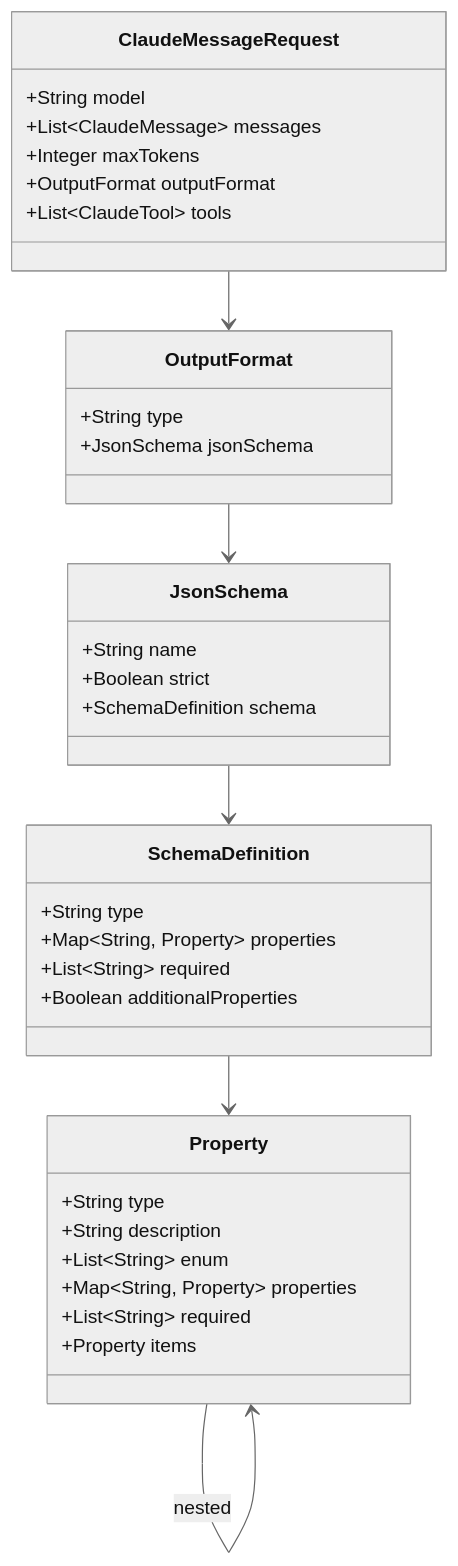
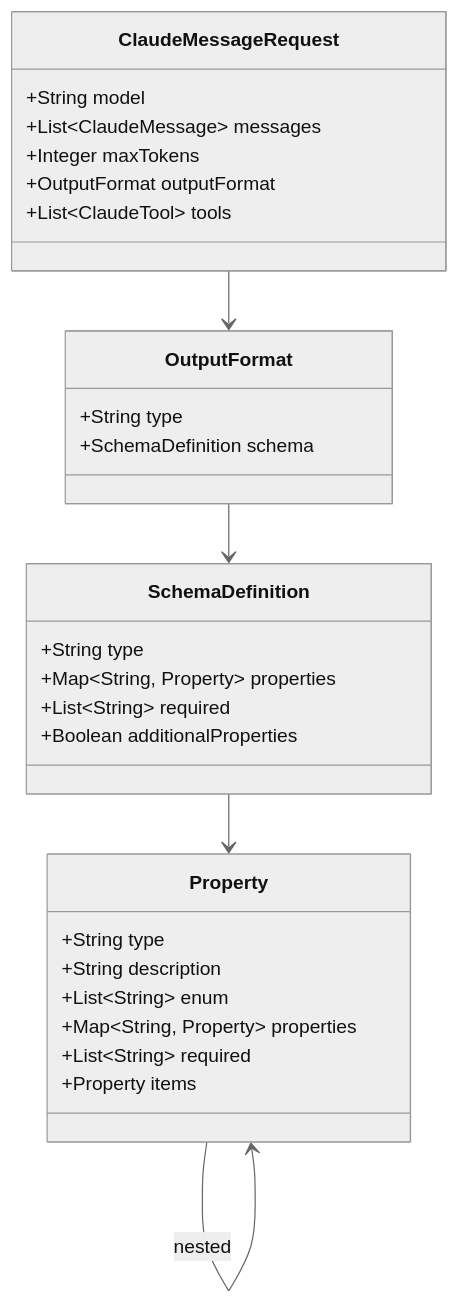
One commit to driftkit-ai/driftkit-framework changed the third of 19 diagrams in docs/STRUCTURED_OUTPUTS_IMPLEMENTATION.md. Above: the diagram before and after it, drawn with Mermaid (neutral theme). The commit also changed other lines of this file and 5 other files, not shown here.

````diff
--- a/docs/STRUCTURED_OUTPUTS_IMPLEMENTATION.md
+++ b/docs/STRUCTURED_OUTPUTS_IMPLEMENTATION.md
@@ -101,43 +101,36 @@
 ```mermaid
 classDiagram
     class ClaudeMessageRequest {
         +String model
         +List~ClaudeMessage~ messages
         +Integer maxTokens
         +OutputFormat outputFormat
         +List~ClaudeTool~ tools
     }
 
     class OutputFormat {
         +String type
-        +JsonSchema jsonSchema
-    }
-
-    class JsonSchema {
-        +String name
-        +Boolean strict
         +SchemaDefinition schema
     }
 
     class SchemaDefinition {
         +String type
         +Map~String, Property~ properties
         +List~String~ required
         +Boolean additionalProperties
     }
 
     class Property {
         +String type
         +String description
         +List~String~ enum
         +Map~String, Property~ properties
         +List~String~ required
         +Property items
     }
 
     ClaudeMessageRequest --> OutputFormat
-    OutputFormat --> JsonSchema
-    JsonSchema --> SchemaDefinition
+    OutputFormat --> SchemaDefinition
     SchemaDefinition --> Property
     Property --> Property : nested
 ```
````
